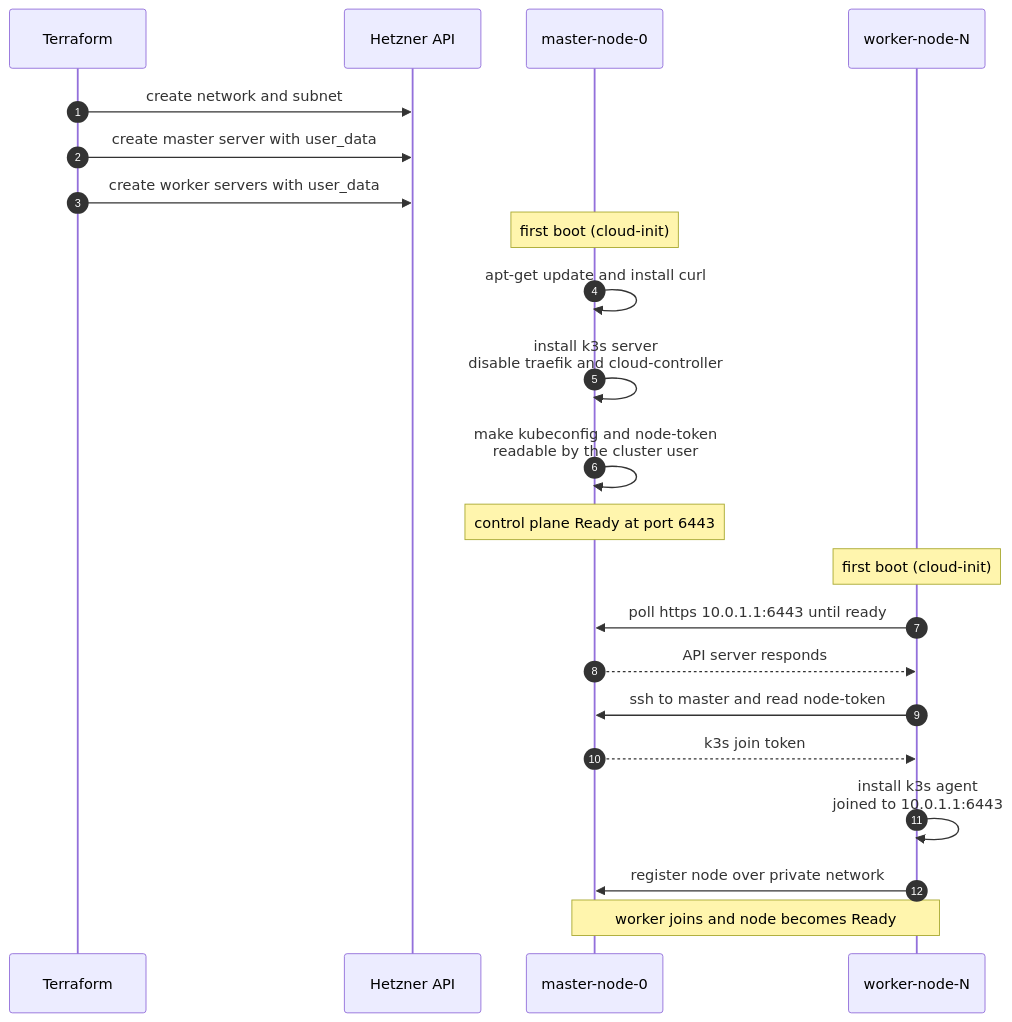
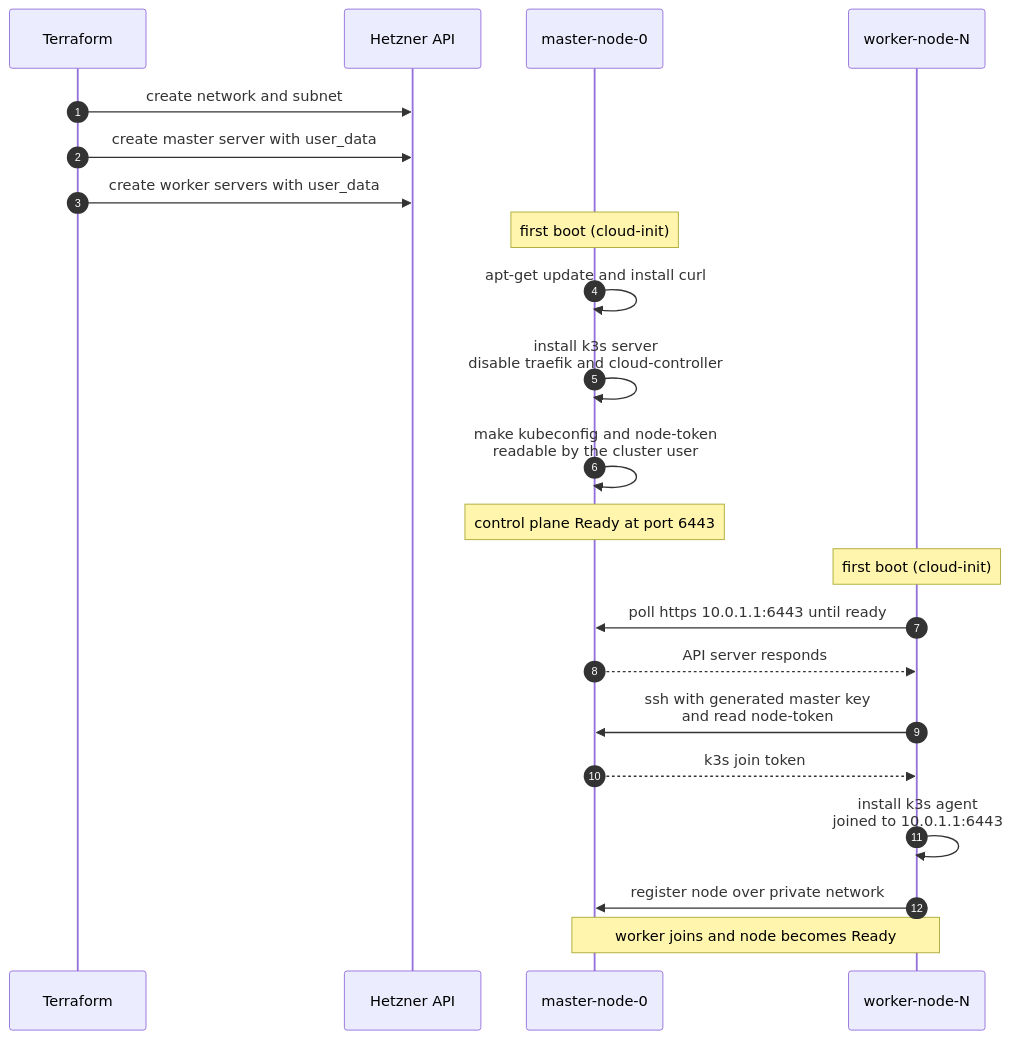
Before and after one commit to pawel150199/hcloud-k8s-cluster: the fourth of 5 diagrams in docs/02-architecture.md, drawn with Mermaid. The commit also changed other lines of this file and 17 other files, not shown here.

````diff
--- a/docs/02-architecture.md
+++ b/docs/02-architecture.md
@@ -118,27 +129,27 @@
 ```mermaid
 sequenceDiagram
   autonumber
   participant TF as Terraform
   participant HC as Hetzner API
   participant M as master-node-0
   participant W as worker-node-N
 
   TF->>HC: create network and subnet
   TF->>HC: create master server with user_data
   TF->>HC: create worker servers with user_data
 
   Note over M: first boot (cloud-init)
   M->>M: apt-get update and install curl
   M->>M: install k3s server<br/>disable traefik and cloud-controller
   M->>M: make kubeconfig and node-token<br/>readable by the cluster user
   Note over M: control plane Ready at port 6443
 
   Note over W: first boot (cloud-init)
   W->>M: poll https 10.0.1.1:6443 until ready
   M-->>W: API server responds
-  W->>M: ssh to master and read node-token
+  W->>M: ssh with generated master key<br/>and read node-token
   M-->>W: k3s join token
   W->>W: install k3s agent<br/>joined to 10.0.1.1:6443
   W->>M: register node over private network
   Note over M,W: worker joins and node becomes Ready
 ```
````
